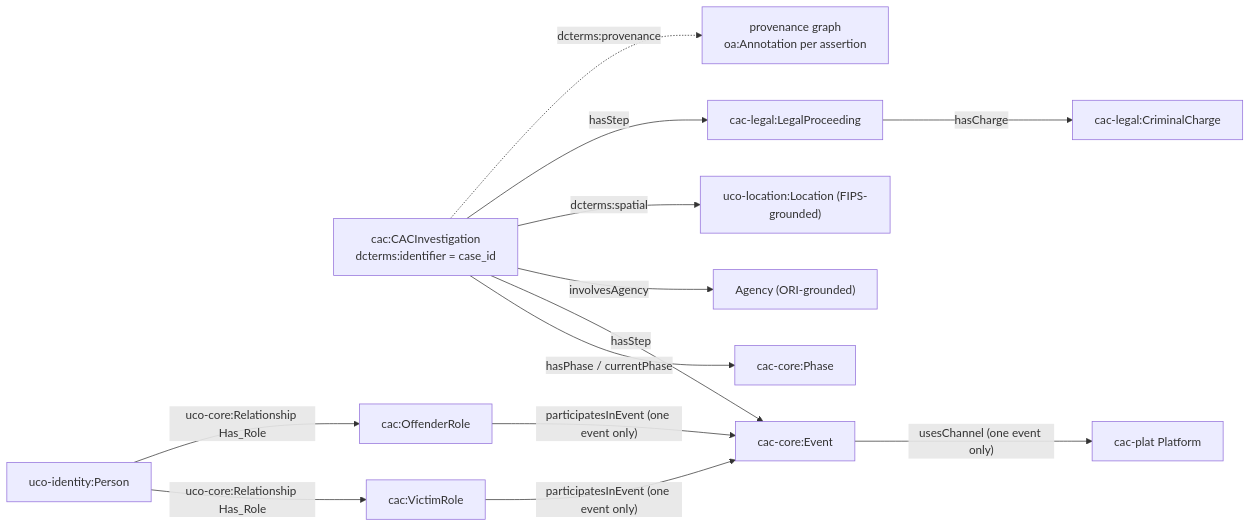
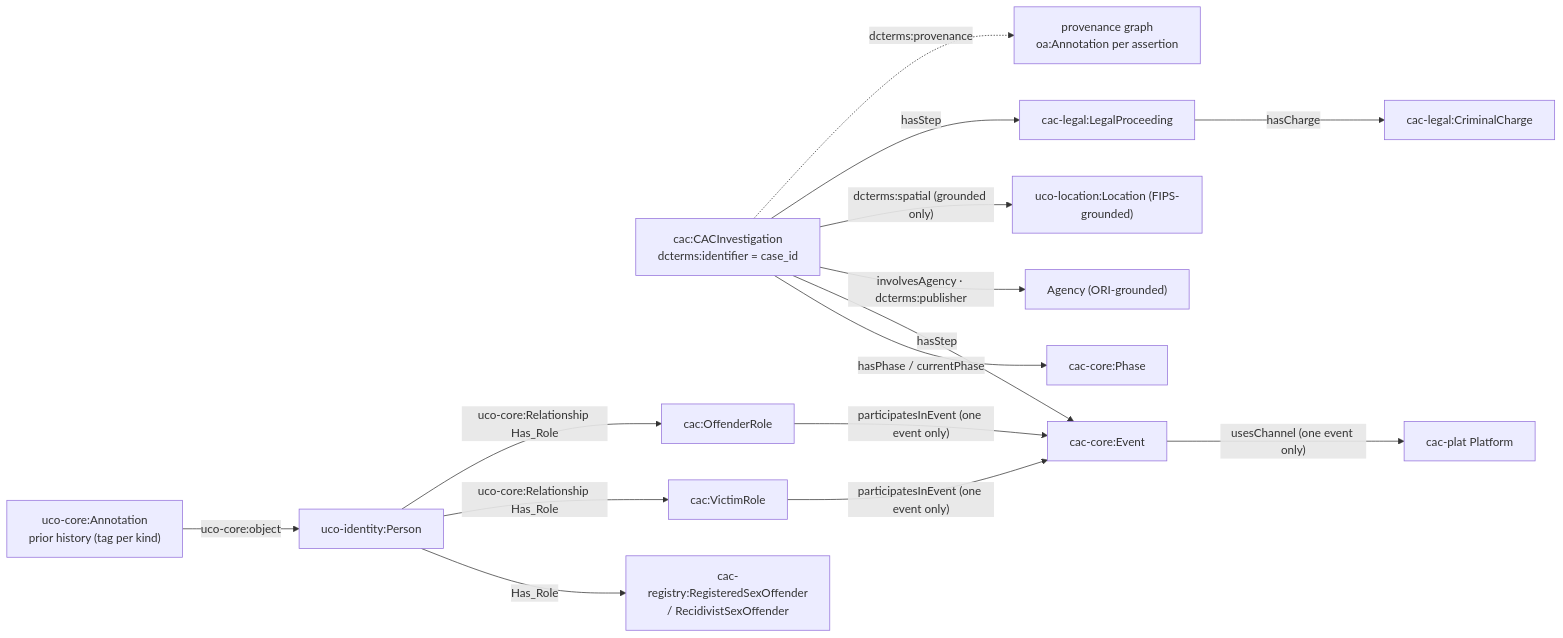
Before and after one commit to mrinaalr/CaseLinker: the fifth of 6 diagrams in ARCHITECTURE.md, drawn with Mermaid. The commit also changed other lines of this file and 47631 other files, not shown here.

````diff
--- a/ARCHITECTURE.md
+++ b/ARCHITECTURE.md
@@ -355,28 +355,32 @@
 ```mermaid
 flowchart LR
   inv["cac:CACInvestigation<br/>dcterms:identifier = case_id"]
   phase["cac-core:Phase"]
   event["cac-core:Event"]
   plat["cac-plat Platform"]
   agency["Agency (ORI-grounded)"]
   loc["uco-location:Location (FIPS-grounded)"]
   vRole["cac:VictimRole"]
   oRole["cac:OffenderRole"]
   person["uco-identity:Person"]
   charge["cac-legal:CriminalCharge"]
   proc["cac-legal:LegalProceeding"]
   prov["provenance graph<br/>oa:Annotation per assertion"]
 
   inv -->|"hasPhase / currentPhase"| phase
   inv -->|"hasStep"| event
-  inv -->|"involvesAgency"| agency
-  inv -->|"dcterms:spatial"| loc
+  prior["uco-core:Annotation<br/>prior history (tag per kind)"]
+  rso["cac-registry:RegisteredSexOffender<br/>/ RecidivistSexOffender"]
+  inv -->|"involvesAgency · dcterms:publisher"| agency
+  inv -->|"dcterms:spatial (grounded only)"| loc
+  prior -->|"uco-core:object"| person
+  person -->|"Has_Role"| rso
   event -->|"usesChannel (one event only)"| plat
   vRole -->|"participatesInEvent (one event only)"| event
   oRole -->|"participatesInEvent (one event only)"| event
   person -->|"uco-core:Relationship Has_Role"| vRole
   person -->|"uco-core:Relationship Has_Role"| oRole
   proc -->|"hasCharge"| charge
   inv -->|"hasStep"| proc
   inv -.->|"dcterms:provenance"| prov
 ```
````
